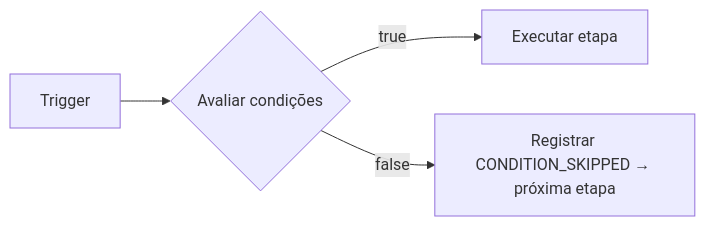
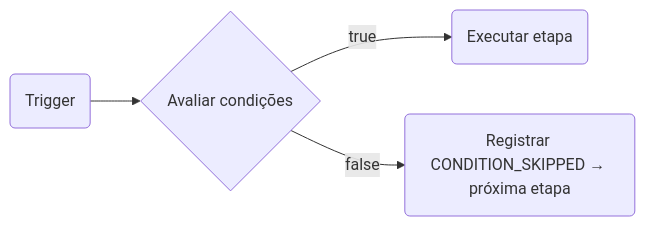
Before and after one commit to KriyanshKhunt/nexus_docs: the diagram in content/docs/pt/platform/features/step-conditions.mdx, drawn with Mermaid. The commit also changed 20 other files, not shown here.

Commit message:
Handle pt Mermaid charts

````diff
--- a/content/docs/pt/platform/features/step-conditions.mdx
+++ b/content/docs/pt/platform/features/step-conditions.mdx
@@ -14,6 +14,6 @@
 ```mermaid
 flowchart LR
-  Trigger --> Eval{Avaliar condições}
-  Eval -->|true| Execute[Executar etapa]
-  Eval -->|false| Skip[Registrar CONDITION_SKIPPED → próxima etapa]
+  Trigger(Trigger) --> Eval{Avaliar condições}
+  Eval -->|true| Execute(Executar etapa)
+  Eval -->|false| Skip(Registrar CONDITION_SKIPPED → próxima etapa)
 ```
````
